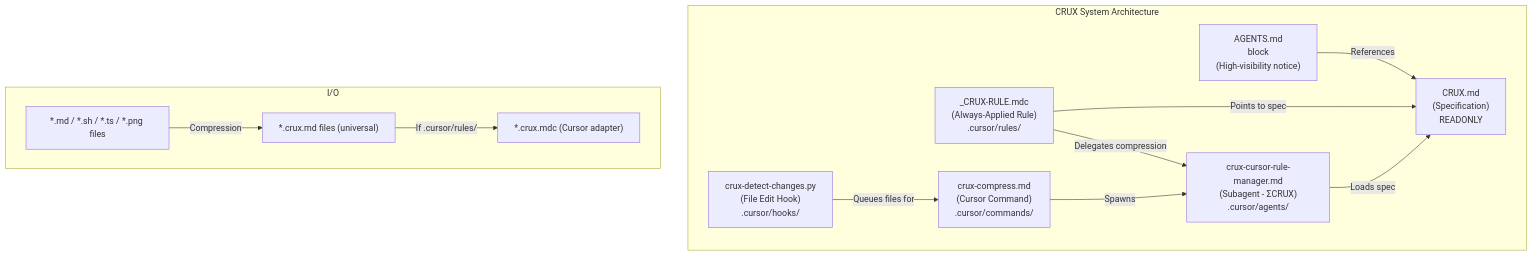
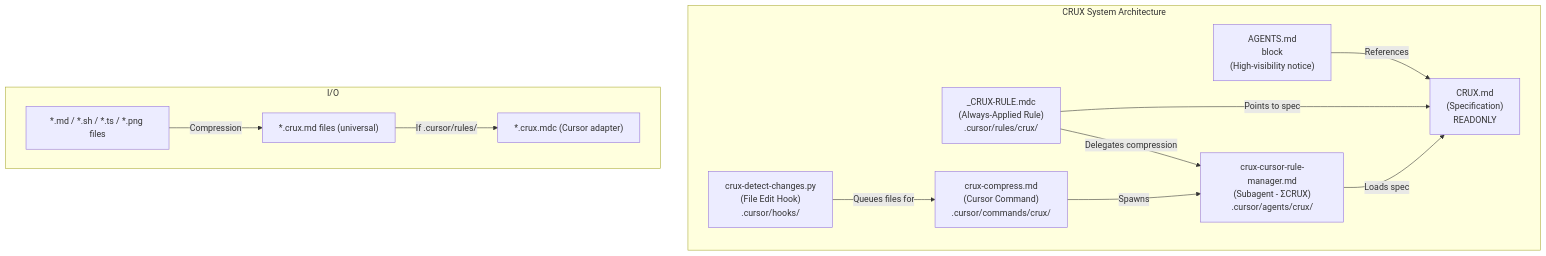
One commit to zotoio/CRUX-Compress changed the first of 4 diagrams in README.md. Above: the diagram before and after it, drawn with Mermaid. The commit also changed other lines of this file and 19 other files, not shown here.

````diff
--- a/README.md
+++ b/README.md
@@ -321,26 +321,26 @@
 ```mermaid
 flowchart TB
     subgraph "CRUX System Architecture"
         CRUX["CRUX.md<br/>(Specification)<br/>READONLY"]
         AGENTS["AGENTS.md<br/><CRUX> block<br/>(High-visibility notice)"]
-        RULE["_CRUX-RULE.mdc<br/>(Always-Applied Rule)<br/>.cursor/rules/"]
-        MANAGER["crux-cursor-rule-manager.md<br/>(Subagent - ΣCRUX)<br/>.cursor/agents/"]
-        COMMAND["crux-compress.md<br/>(Cursor Command)<br/>.cursor/commands/"]
+        RULE["_CRUX-RULE.mdc<br/>(Always-Applied Rule)<br/>.cursor/rules/crux/"]
+        MANAGER["crux-cursor-rule-manager.md<br/>(Subagent - ΣCRUX)<br/>.cursor/agents/crux/"]
+        COMMAND["crux-compress.md<br/>(Cursor Command)<br/>.cursor/commands/crux/"]
         HOOK["crux-detect-changes.py<br/>(File Edit Hook)<br/>.cursor/hooks/"]
         
         AGENTS -->|"References"| CRUX
         RULE -->|"Points to spec"| CRUX
         MANAGER -->|"Loads spec"| CRUX
         COMMAND -->|"Spawns"| MANAGER
         RULE -->|"Delegates compression"| MANAGER
         HOOK -->|"Queues files for"| COMMAND
     end
     
     subgraph "I/O"
         INPUT["*.md / *.sh / *.ts / *.png files"]
         OUTPUT["*.crux.md files (universal)"]
         CURSOR["*.crux.mdc (Cursor adapter)"]
         INPUT -->|"Compression"| OUTPUT
         OUTPUT -->|"If .cursor/rules/"| CURSOR
     end
 ```
````
